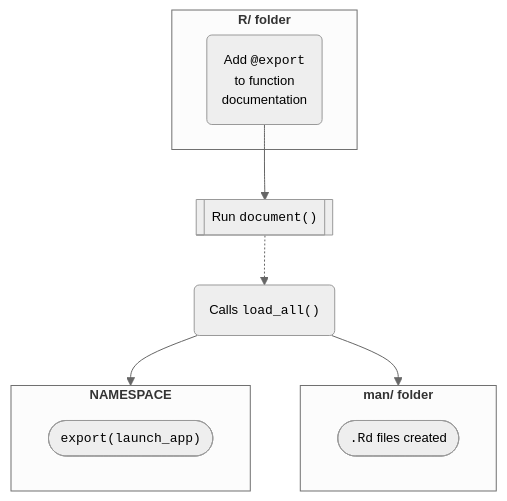
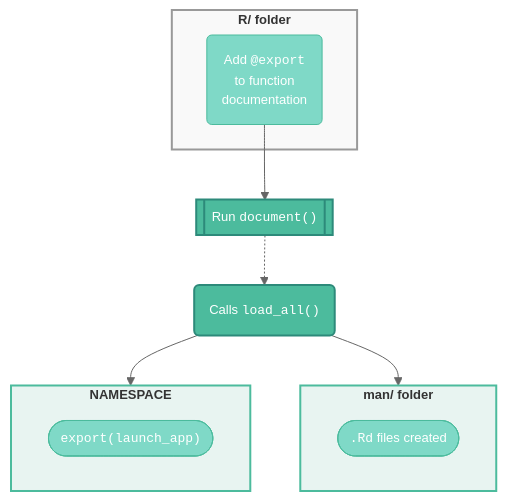
Before and after one commit to mjfrigaard/shiny-app-pkgs: the third of 4 diagrams in dependencies.qmd, drawn with Mermaid. The commit also changed other lines of this file, not shown here.

First line of the commit message:
Style all 4 mermaid diagrams in dependencies.qmd with teal palette

````diff
--- a/dependencies.qmd
+++ b/dependencies.qmd
@@ -480,22 +487,31 @@
 ```{mermaid}
 %%| fig-align: center
 %%| fig-cap: 'What @export does'
 %%{init: {'theme': 'neutral', 'themeVariables': { 'fontFamily': 'monospace', "fontSize":"13px"}}}%%
 flowchart
     subgraph R["<strong>R/ folder</strong>"]
         Tag("Add <code>@export</code><br>to function<br>documentation")
     end
   subgraph NS["<strong>NAMESPACE</strong>"]
         Exported(["<code>export(launch_app)</code>"])
   end
   subgraph Man["<strong>man/ folder</strong>"]
         RdFile(["<code>.Rd</code> files created"])
   end
   Document[["Run <code>document()</code>"]]
   Load("Calls <code>load_all()</code>")
   
 
   Tag --> Document
   Document -.-> Load --> NS & Man
 
+  style R fill:#f9f9f9,stroke:#999,stroke-width:2px
+  style NS fill:#e8f4f1,stroke:#4CBB9D,stroke-width:2px
+  style Man fill:#e8f4f1,stroke:#4CBB9D,stroke-width:2px
+  style Tag fill:#7fd9c7,color:#fff,stroke:#4CBB9D,stroke-width:1px
+  style Document fill:#4CBB9D,color:#fff,stroke:#2d8a7a,stroke-width:2px
+  style Load fill:#4CBB9D,color:#fff,stroke:#2d8a7a,stroke-width:2px
+  style Exported fill:#7fd9c7,color:#fff,stroke:#4CBB9D,stroke-width:1px
+  style RdFile fill:#7fd9c7,color:#fff,stroke:#4CBB9D,stroke-width:1px
+
 ```
````
